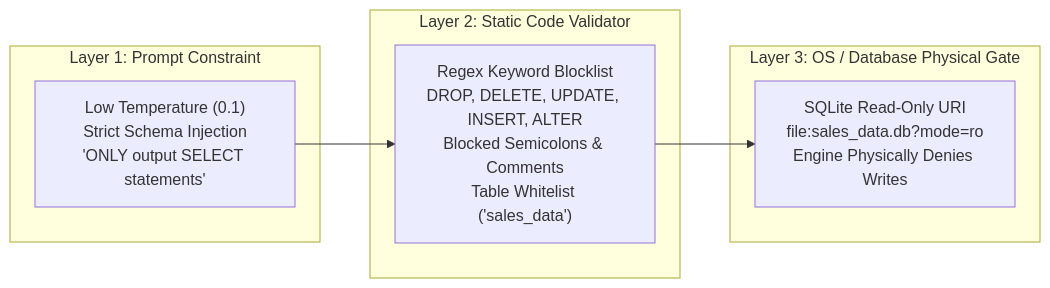
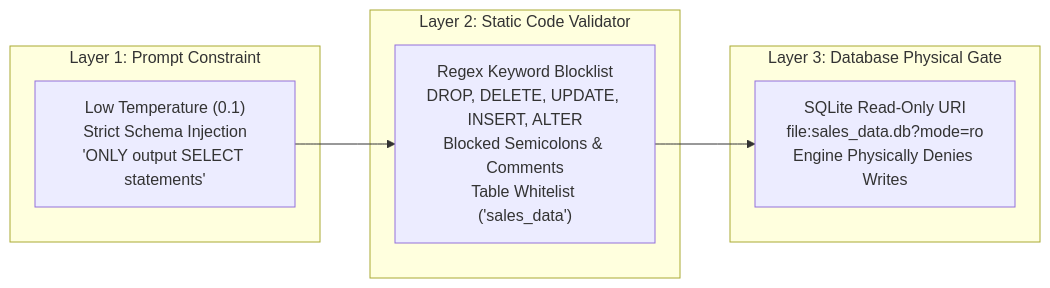
One commit to Karthik-06-28/mini-ai-bi-assistant changed the second of 2 diagrams in docs/ARCHITECTURE.md. Above: the diagram before and after it, drawn with Mermaid. The commit also changed other lines of this file and 4 other files, not shown here.

````diff
--- a/docs/ARCHITECTURE.md
+++ b/docs/ARCHITECTURE.md
@@ -77,16 +77,16 @@
 ```mermaid
 graph LR
     subgraph Layer1 ["Layer 1: Prompt Constraint"]
         P1["Low Temperature (0.1)<br/>Strict Schema Injection<br/>'ONLY output SELECT statements'"]
     end
 
     subgraph Layer2 ["Layer 2: Static Code Validator"]
         V1["Regex Keyword Blocklist<br/>DROP, DELETE, UPDATE, INSERT, ALTER<br/>Blocked Semicolons & Comments<br/>Table Whitelist ('sales_data')"]
     end
 
-    subgraph Layer3 ["Layer 3: OS / Database Physical Gate"]
+    subgraph Layer3 ["Layer 3: Database Physical Gate"]
         D1["SQLite Read-Only URI<br/>file:sales_data.db?mode=ro<br/>Engine Physically Denies Writes"]
     end
 
     P1 --> V1 --> D1
 ```
````
